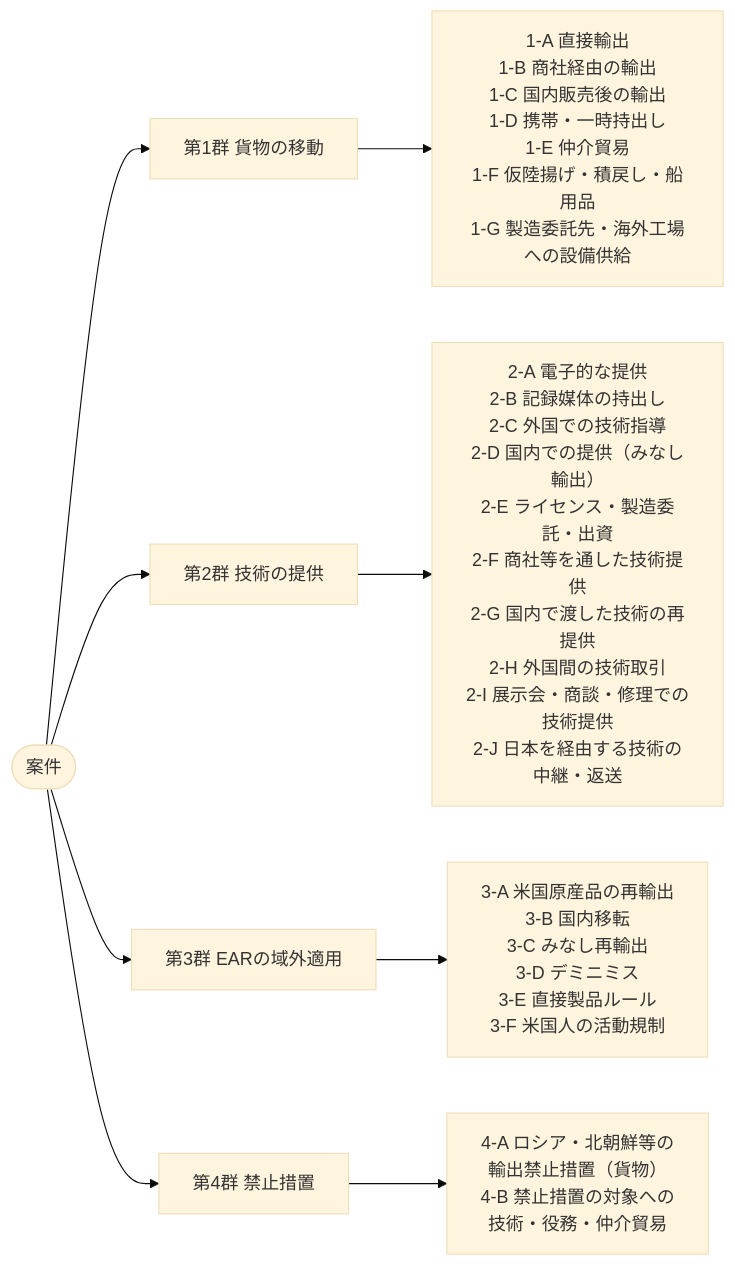
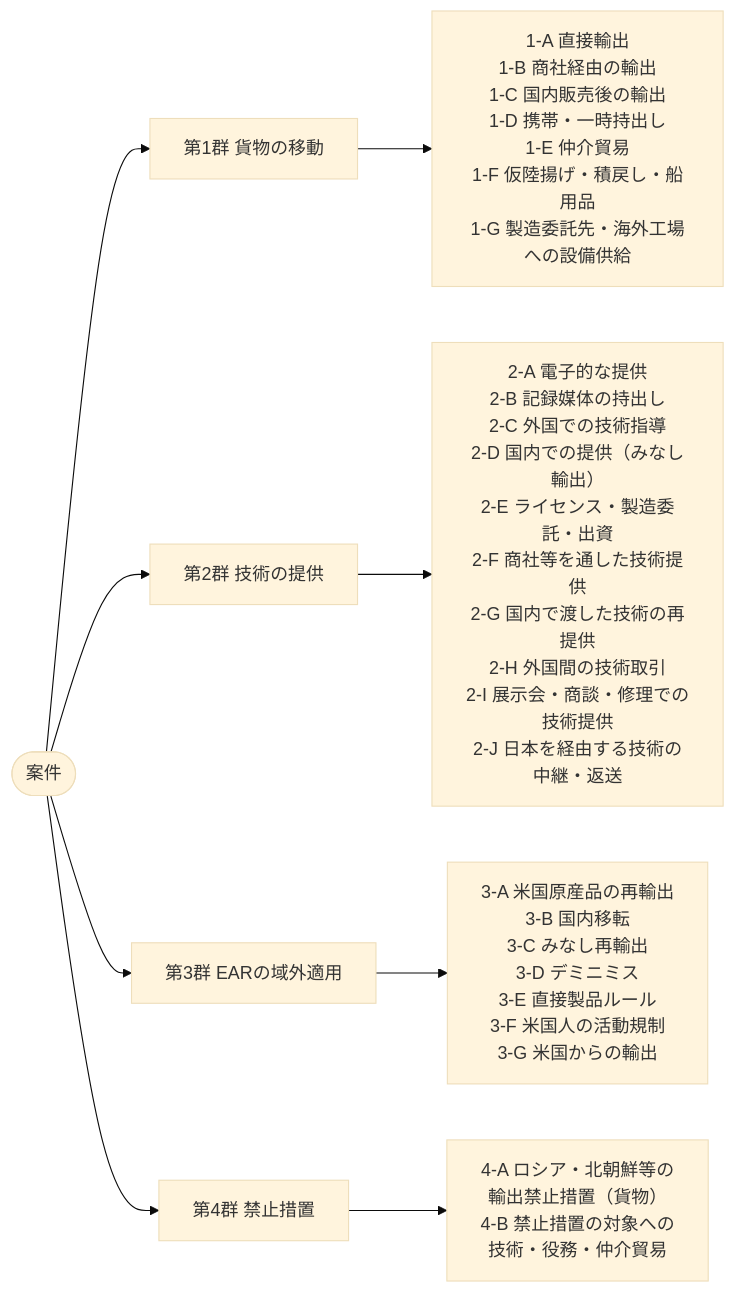
Before and after one commit to bamboo-go/export-control-hub: the first of 3 diagrams in content/ja/docs/01-overview/export-patterns/index.md, drawn with Mermaid (base theme). The commit also changed other lines of this file, not shown here.

````diff
--- a/content/ja/docs/01-overview/export-patterns/index.md
+++ b/content/ja/docs/01-overview/export-patterns/index.md
@@ -16,11 +16,11 @@
 ```mermaid
 flowchart LR
   R(["案件"]) --> G1["第1群 貨物の移動"]
   R --> G2["第2群 技術の提供"]
   R --> G3["第3群 EARの域外適用"]
   R --> G4["第4群 禁止措置"]
   G1 --> A1["1-A 直接輸出<br/>1-B 商社経由の輸出<br/>1-C 国内販売後の輸出<br/>1-D 携帯・一時持出し<br/>1-E 仲介貿易<br/>1-F 仮陸揚げ・積戻し・船用品<br/>1-G 製造委託先・海外工場への設備供給"]
   G2 --> A2["2-A 電子的な提供<br/>2-B 記録媒体の持出し<br/>2-C 外国での技術指導<br/>2-D 国内での提供（みなし輸出）<br/>2-E ライセンス・製造委託・出資<br/>2-F 商社等を通した技術提供<br/>2-G 国内で渡した技術の再提供<br/>2-H 外国間の技術取引<br/>2-I 展示会・商談・修理での技術提供<br/>2-J 日本を経由する技術の中継・返送"]
-  G3 --> A3["3-A 米国原産品の再輸出<br/>3-B 国内移転<br/>3-C みなし再輸出<br/>3-D デミニミス<br/>3-E 直接製品ルール<br/>3-F 米国人の活動規制"]
+  G3 --> A3["3-A 米国原産品の再輸出<br/>3-B 国内移転<br/>3-C みなし再輸出<br/>3-D デミニミス<br/>3-E 直接製品ルール<br/>3-F 米国人の活動規制<br/>3-G 米国からの輸出"]
   G4 --> A4["4-A ロシア・北朝鮮等の<br/>輸出禁止措置（貨物）<br/>4-B 禁止措置の対象への<br/>技術・役務・仲介貿易"]
 ```
````
